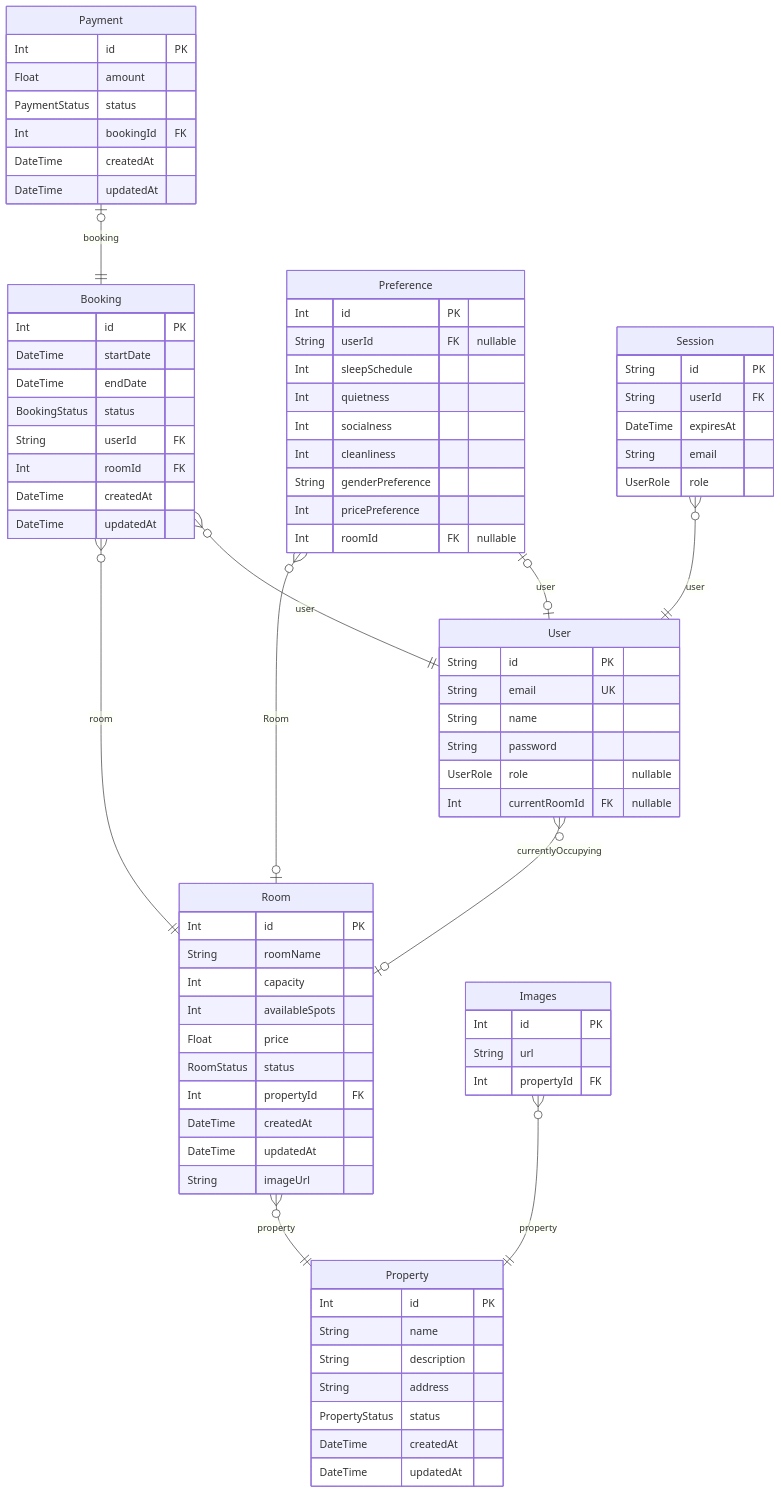
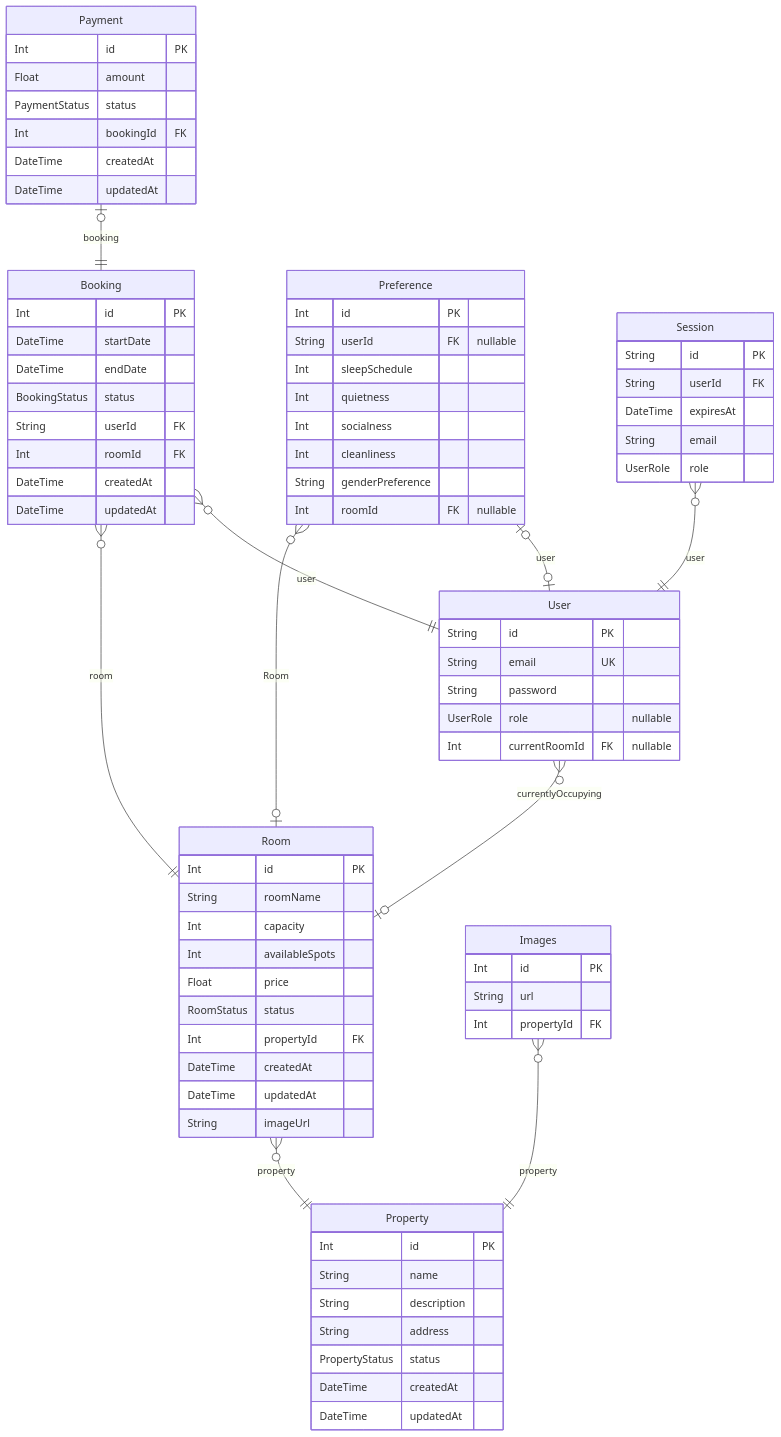
The diagram in prisma/ERD.md (alidauda/maryam_work), drawn with Mermaid before and after one commit. The commit also changed other lines of this file and 18 other files, not shown here.

````diff
--- a/prisma/ERD.md
+++ b/prisma/ERD.md
@@ -7,82 +7,80 @@
 ```mermaid
 erDiagram
 "Room" {
   Int id PK
   String roomName
   Int capacity
   Int availableSpots
   Float price
   RoomStatus status
   Int propertyId FK
   DateTime createdAt
   DateTime updatedAt
   String imageUrl
 }
 "User" {
   String id PK
   String email UK
-  String name
   String password
   UserRole role "nullable"
   Int currentRoomId FK "nullable"
 }
 "Booking" {
   Int id PK
   DateTime startDate
   DateTime endDate
   BookingStatus status
   String userId FK
   Int roomId FK
   DateTime createdAt
   DateTime updatedAt
 }
 "Preference" {
   Int id PK
   String userId FK "nullable"
   Int sleepSchedule
   Int quietness
   Int socialness
   Int cleanliness
   String genderPreference
-  Int pricePreference
   Int roomId FK "nullable"
 }
 "Session" {
   String id PK
   String userId FK
   DateTime expiresAt
   String email
   UserRole role
 }
 "Property" {
   Int id PK
   String name
   String description
   String address
   PropertyStatus status
   DateTime createdAt
   DateTime updatedAt
 }
 "Payment" {
   Int id PK
   Float amount
   PaymentStatus status
   Int bookingId FK
   DateTime createdAt
   DateTime updatedAt
 }
 "Images" {
   Int id PK
   String url
   Int propertyId FK
 }
 "Room" }o--|| "Property" : property
 "User" }o--o| "Room" : currentlyOccupying
 "Booking" }o--|| "User" : user
 "Booking" }o--|| "Room" : room
 "Preference" |o--o| "User" : user
 "Preference" }o--o| "Room" : Room
 "Session" }o--|| "User" : user
 "Payment" |o--|| "Booking" : booking
 "Images" }o--|| "Property" : property
 ```
````
